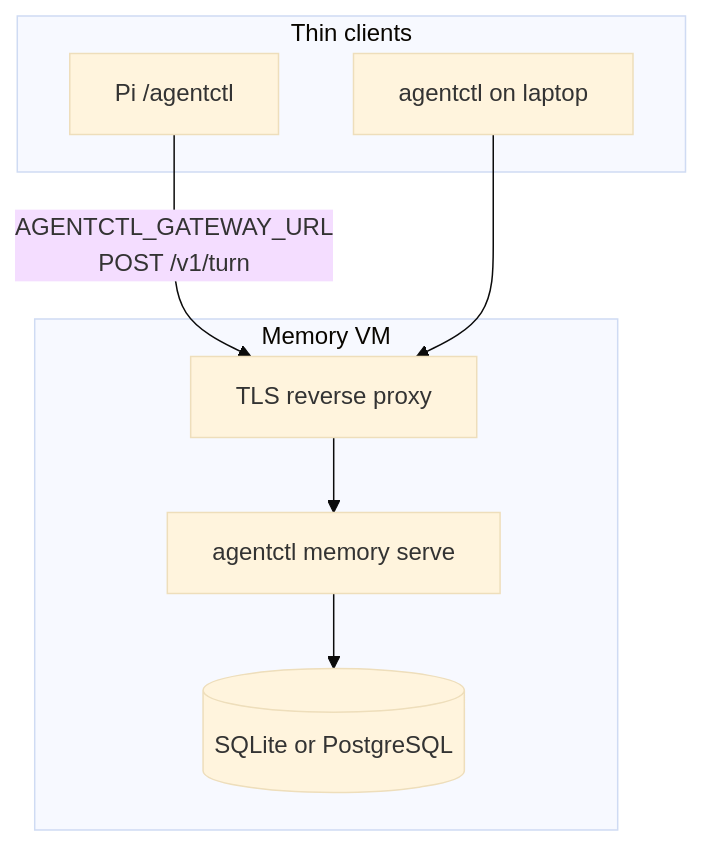
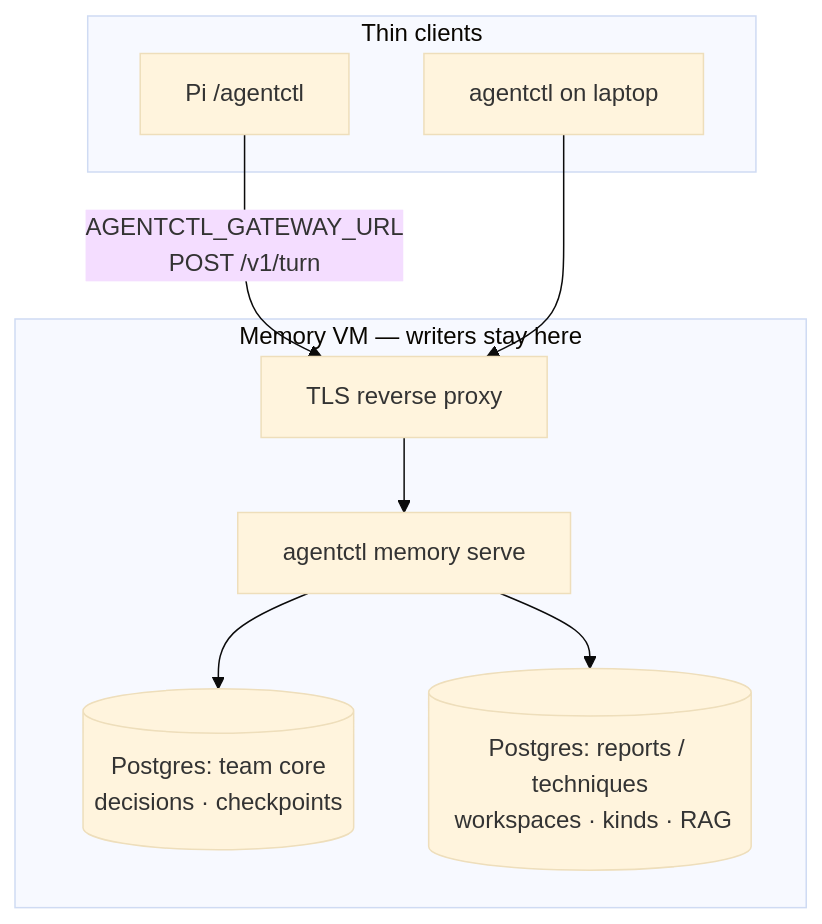
One commit to LifeTimeScriptKiddie/agentctl changed the second of 2 diagrams in README.md. Above: the diagram before and after it, drawn with Mermaid (base theme). The commit also changed other lines of this file and 1 other file, not shown here.

First line of the commit message:
Document multi-database memory planes on one Linux VM.

````diff
--- a/README.md
+++ b/README.md
@@ -78,17 +78,20 @@
 ```mermaid
 flowchart TB
   subgraph clients [Thin clients]
     Pi[Pi /agentctl]
     CLI[agentctl on laptop]
   end
 
-  subgraph vm [Memory VM]
+  subgraph vm [Memory VM — writers stay here]
     TLS[TLS reverse proxy]
     Serve["agentctl memory serve"]
-    DB[(SQLite or PostgreSQL)]
-    TLS --> Serve --> DB
+    DB1[(Postgres: team core\n decisions · checkpoints)]
+    DB2[(Postgres: reports / techniques\n workspaces · kinds · RAG)]
+    Serve --> DB1
+    Serve --> DB2
+    TLS --> Serve
   end
 
   Pi -->|"AGENTCTL_GATEWAY_URL\nPOST /v1/turn"| TLS
   CLI --> TLS
 ```
````
